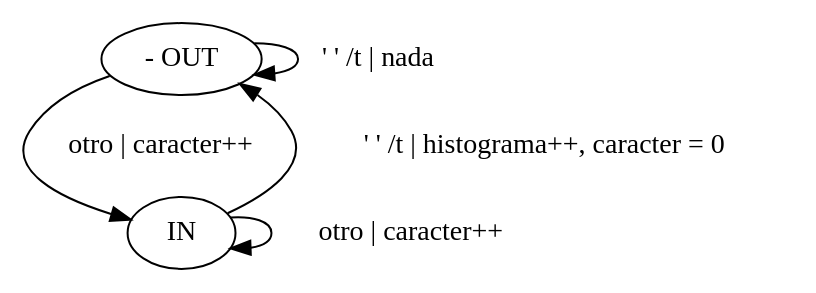
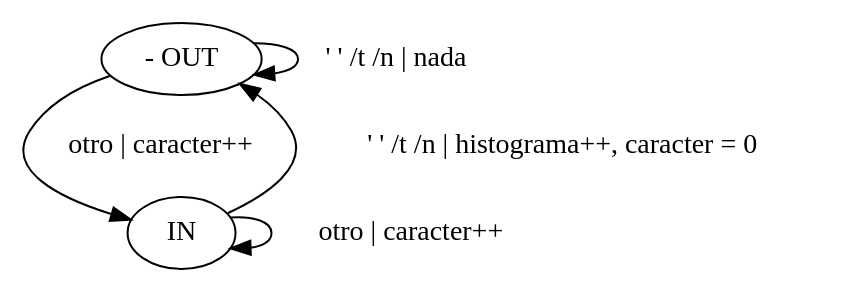
The diagram in 02-MaquinasDeEstado/histograma.gv (SantiagoGimenez01/SSL), drawn with Graphviz before and after one commit. The commit also changed 8 other files, not shown here.

```diff
--- a/02-MaquinasDeEstado/histograma.gv
+++ b/02-MaquinasDeEstado/histograma.gv
@@ -1,10 +1,10 @@
 digraph Histograma {
     1 [label=" - OUT"];
     2 [label="IN"];
     
 
-    1 -> 1 [label=" ' ' /t | nada"];
+    1 -> 1 [label=" ' ' /t /n | nada"];
     1 -> 2 [label=" otro | caracter++"];
-    2 -> 1 [label=" ' ' /t | histograma++, caracter = 0"];
+    2 -> 1 [label=" ' ' /t /n | histograma++, caracter = 0"];
     2 -> 2 [label = "  otro | caracter++"]
 }
```
